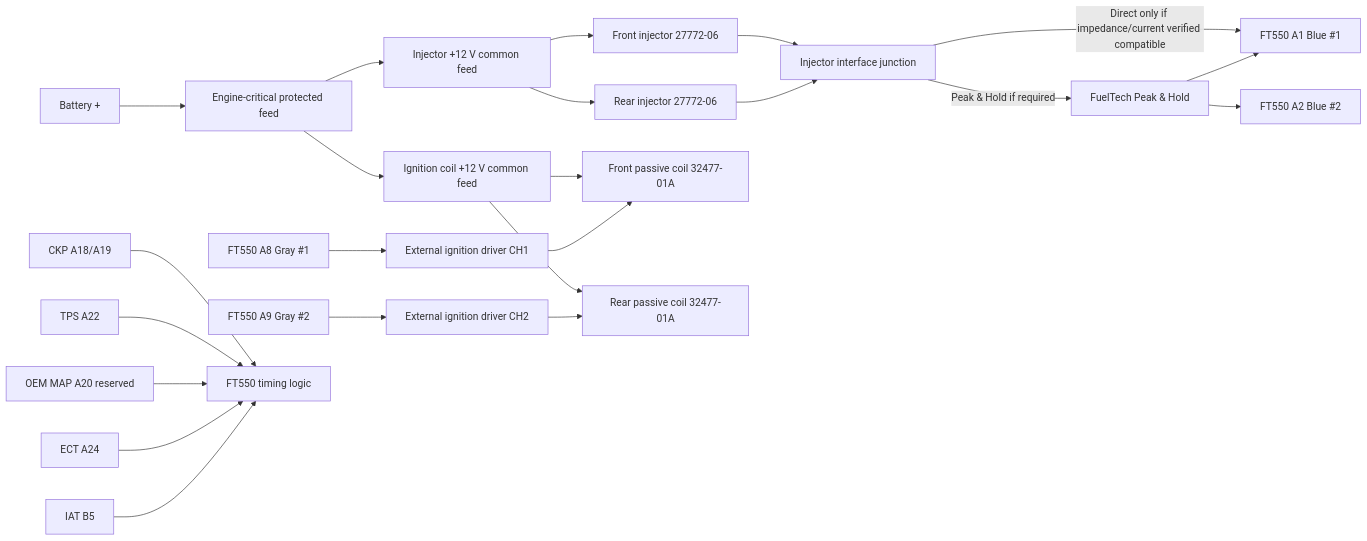
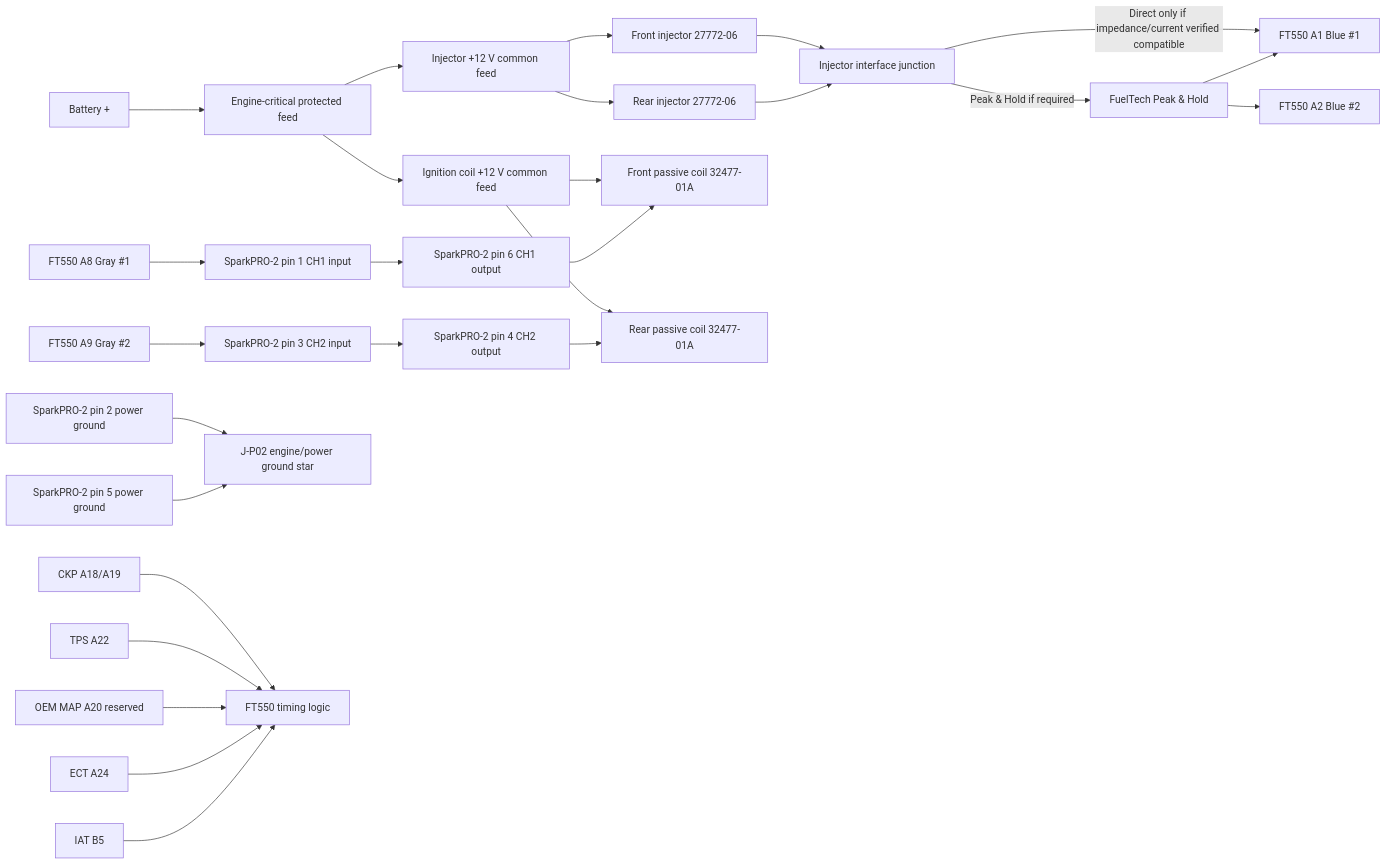
The diagram in docs/HD-Style-Wiring/Sheet-03-Injection-and-Ignition.md (sawilso81-M8Cycle/Turbo-Vrod-Fueltec-550-Setup), drawn with Mermaid before and after one commit. The commit also changed other lines of this file, not shown here.

Commit message:
Freeze SparkPRO-2 pin-level ignition wiring

````diff
--- a/docs/HD-Style-Wiring/Sheet-03-Injection-and-Ignition.md
+++ b/docs/HD-Style-Wiring/Sheet-03-Injection-and-Ignition.md
@@ -7,28 +7,32 @@
 ```mermaid
 flowchart LR
   BATT[Battery +] --> EPM[Engine-critical protected feed]
   EPM --> INJ12[Injector +12 V common feed]
   EPM --> COIL12[Ignition coil +12 V common feed]
 
   INJ12 --> INJF[Front injector 27772-06]
   INJ12 --> INJR[Rear injector 27772-06]
   INJF --> IJ[Injector interface junction]
   INJR --> IJ
   IJ -->|Direct only if impedance/current verified compatible| A1[FT550 A1 Blue #1]
   IJ -->|Peak & Hold if required| PH[FuelTech Peak & Hold]
   PH --> A1
   PH --> A2[FT550 A2 Blue #2]
 
   COIL12 --> COILF[Front passive coil 32477-01A]
   COIL12 --> COILR[Rear passive coil 32477-01A]
-  A8[FT550 A8 Gray #1] --> SP1[External ignition driver CH1]
-  A9[FT550 A9 Gray #2] --> SP2[External ignition driver CH2]
-  SP1 --> COILF
-  SP2 --> COILR
+  A8[FT550 A8 Gray #1] --> SP1[SparkPRO-2 pin 1 CH1 input]
+  A9[FT550 A9 Gray #2] --> SP2[SparkPRO-2 pin 3 CH2 input]
+  SP1 --> SPO1[SparkPRO-2 pin 6 CH1 output]
+  SP2 --> SPO2[SparkPRO-2 pin 4 CH2 output]
+  SPO1 --> COILF
+  SPO2 --> COILR
+  G1[SparkPRO-2 pin 2 power ground] --> PG[J-P02 engine/power ground star]
+  G2[SparkPRO-2 pin 5 power ground] --> PG
 
   CKP[CKP A18/A19] --> FT[FT550 timing logic]
   TPS[TPS A22] --> FT
   MAP[OEM MAP A20 reserved] --> FT
   ECT[ECT A24] --> FT
   IAT[IAT B5] --> FT
 ```
````
